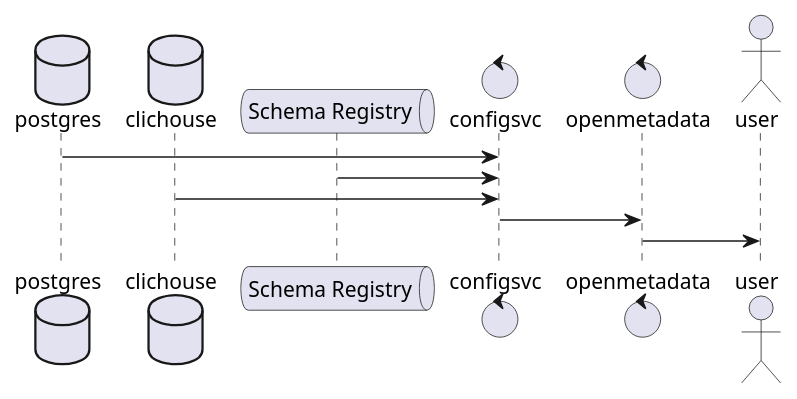
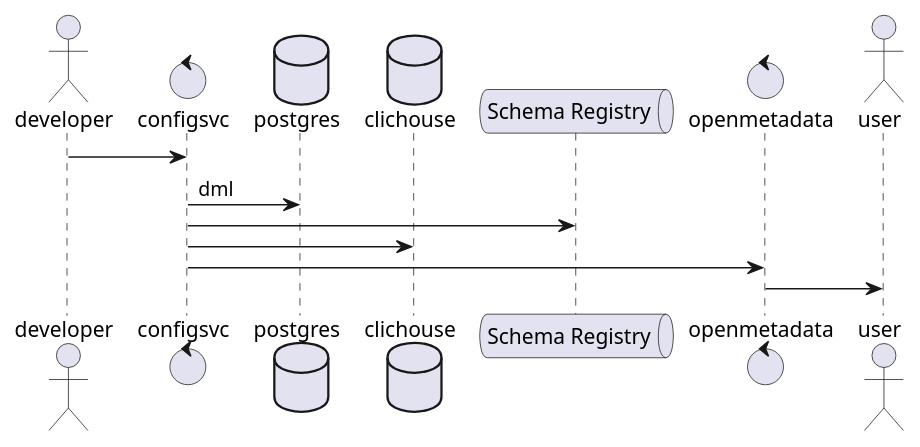
Before and after one commit to zaytsevdmitry/Data-engineering-theories: the diagram in uml/catalog.puml, drawn with PlantUML. The commit also changed 7 other files, not shown here.

```diff
--- a/uml/catalog.puml
+++ b/uml/catalog.puml
@@ -1,15 +1,17 @@
 @startuml
+actor        developer
+control configsvc
+
 database    postgres
 database    clichouse
 queue       "Schema Registry"        as sr
-control configsvc
-control openmetadata
+control     openmetadata
+actor        user
 
-
-actor        user
-postgres -> configsvc
-sr -> configsvc
-clichouse -> configsvc
+developer -> configsvc
+configsvc -> postgres: dml
+configsvc -> sr
+configsvc -> clichouse
 configsvc -> openmetadata
 openmetadata-> user
 @enduml
```
